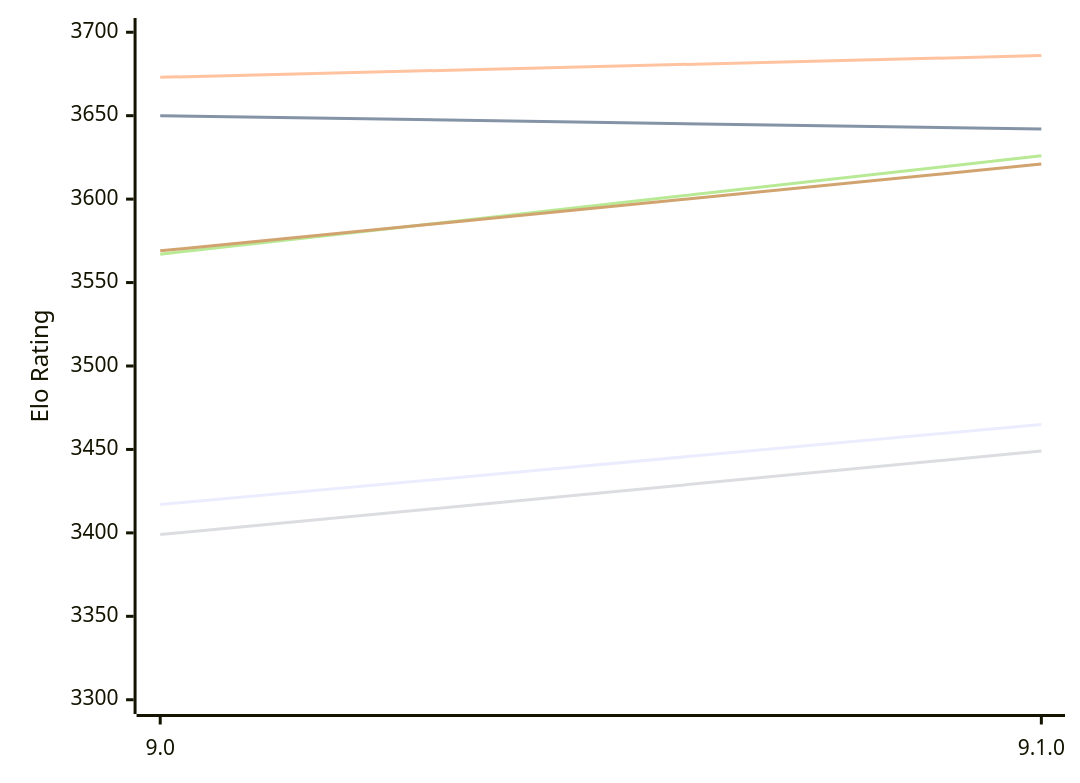
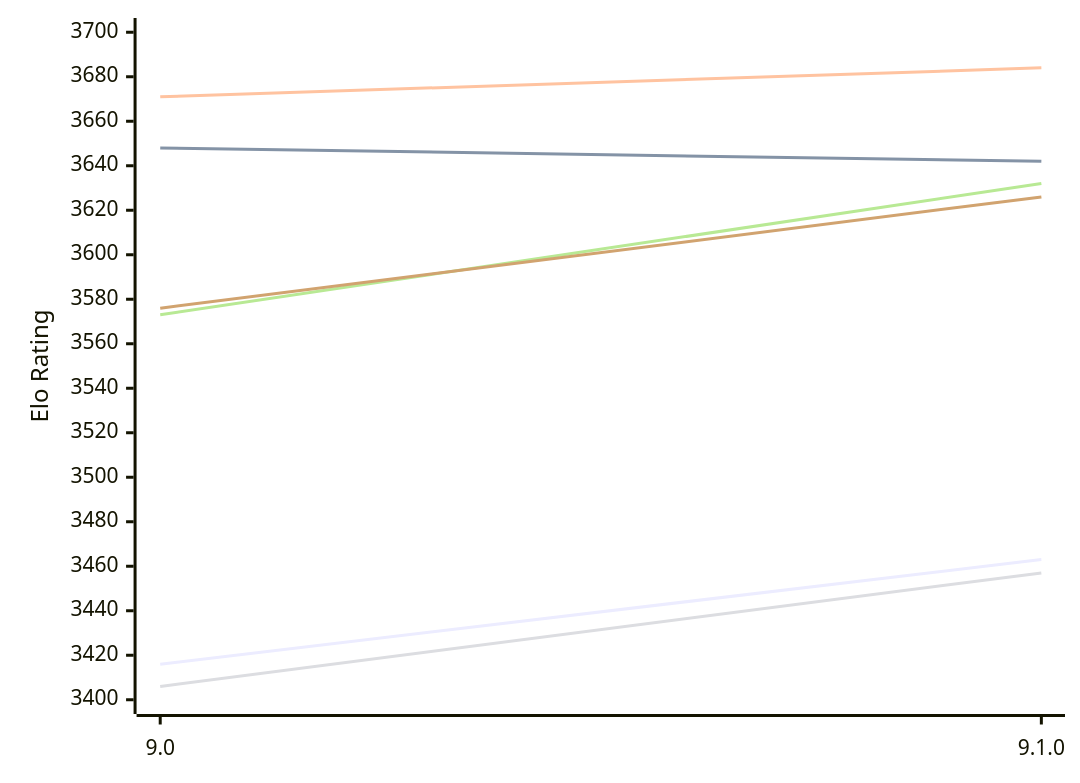
The first of 2 diagrams in engines/Alexandria.md (computer-chess-index/cci), drawn with Mermaid before and after one commit. The commit also changed other lines of this file, not shown here.

Commit message:
Update CCI Ratings (ELO VLTC) - 2026-11-23

````diff
--- a/engines/Alexandria.md
+++ b/engines/Alexandria.md
@@ -54,12 +54,12 @@
 ```mermaid
 %%{init: {"theme":"base","themeVariables":{"seriesColors:['#a3a3a3','#222221','#faa371']}}}%%
 xychart-beta
   x-axis ["9.0", "9.1.0"]
-  y-axis "Elo Rating" 3300 --> 3700
-  line "E1: STC (8.0+0.08s)" [3417, 3465]
-  line "E1: LTC (60.0+0.60s)" [3650, 3642]
-  line "E1: VLTC (2m24s+1.12s)" [3673, 3686]
-  line "P1: STC (8.0+0.08s)" [3399, 3449]
-  line "P1: LTC (60.0+0.60s)" [3567, 3626]
-  line "P1: VLTC (2m24s+1.12s)" [3569, 3621]
+  y-axis "Elo Rating" 3400 --> 3700
+  line "E1: STC (8.0+0.08s)" [3416, 3463]
+  line "E1: LTC (60.0+0.60s)" [3648, 3642]
+  line "E1: VLTC (2m24s+1.12s)" [3671, 3684]
+  line "P1: STC (8.0+0.08s)" [3406, 3457]
+  line "P1: LTC (60.0+0.60s)" [3573, 3632]
+  line "P1: VLTC (2m24s+1.12s)" [3576, 3626]
 ```
````
